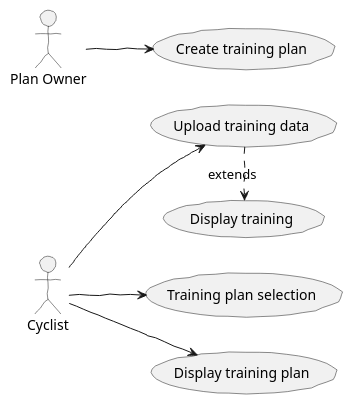
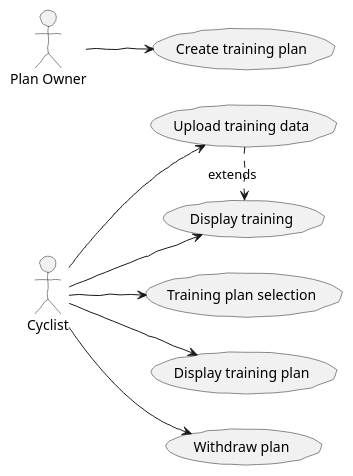
Before and after one commit to maciejmalecki/ciclismo: the diagram in doc/includes/_01_requirements.adoc, drawn with PlantUML. The commit also changed other lines of this file, not shown here.

```diff
--- a/doc/includes/_01_requirements.adoc
+++ b/doc/includes/_01_requirements.adoc
@@ -10,17 +10,20 @@
 [plantuml, actors, png]
 ....
 skinparam handwritten true
 left to right direction
 :Cyclist:
 :Plan Owner: as Trainer
 (Training plan selection) as UC01
 (Display training plan) as UC02
 (Upload training data) as UC03
 (Display training) as UC04
+(Withdraw plan) as UC05
 (Create training plan) as UC11
 :Cyclist: --> UC01
 :Cyclist: --> UC02
 :Cyclist: --> UC03
+:Cyclist: --> UC04
+:Cyclist: --> UC05
 UC03 .> UC04 : extends
 Trainer --> UC11
 ....
```
